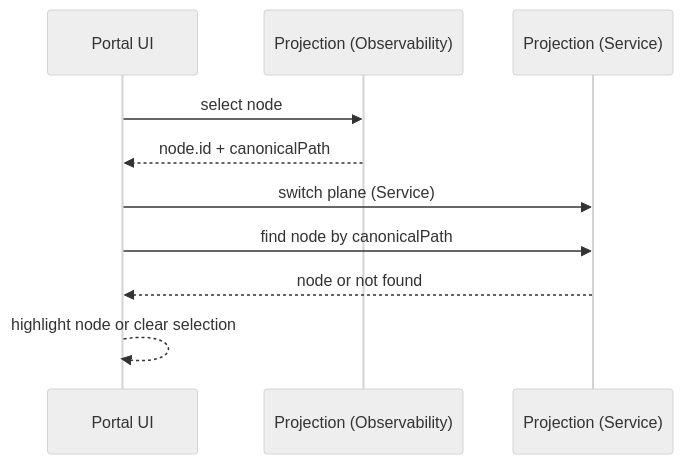
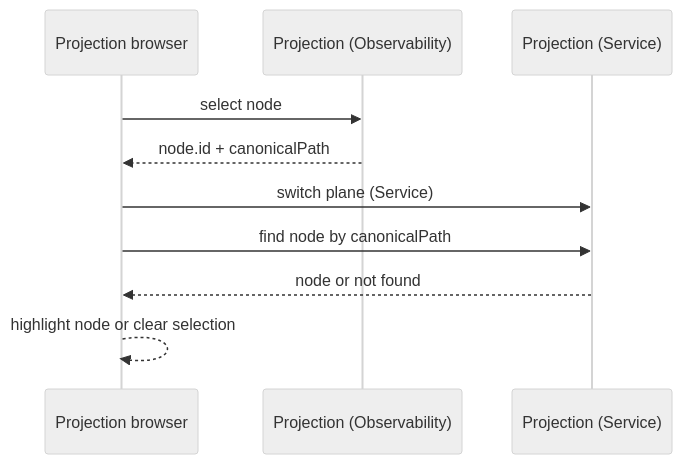
Before and after one commit to Project-Helianthus/helianthus-docs-ebus: the second of 6 diagrams in architecture/overview.md, drawn with Mermaid (neutral theme). The commit also changed other lines of this file and 4 other files, not shown here.

````diff
--- a/architecture/overview.md
+++ b/architecture/overview.md
@@ -197,12 +200,12 @@
 ```mermaid
 sequenceDiagram
-  participant UI as Portal UI
+  participant UI as Projection browser
   participant P1 as Projection (Observability)
   participant P2 as Projection (Service)
   UI->>P1: select node
   P1-->>UI: node.id + canonicalPath
   UI->>P2: switch plane (Service)
   UI->>P2: find node by canonicalPath
   P2-->>UI: node or not found
   UI-->>UI: highlight node or clear selection
 ```
````
